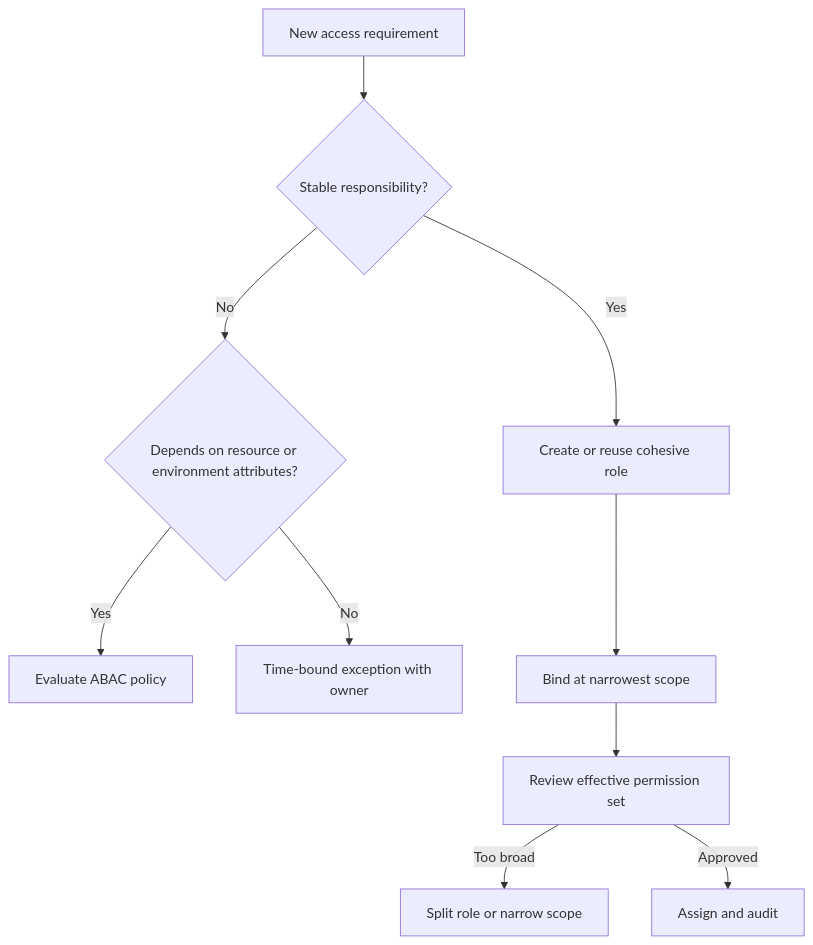
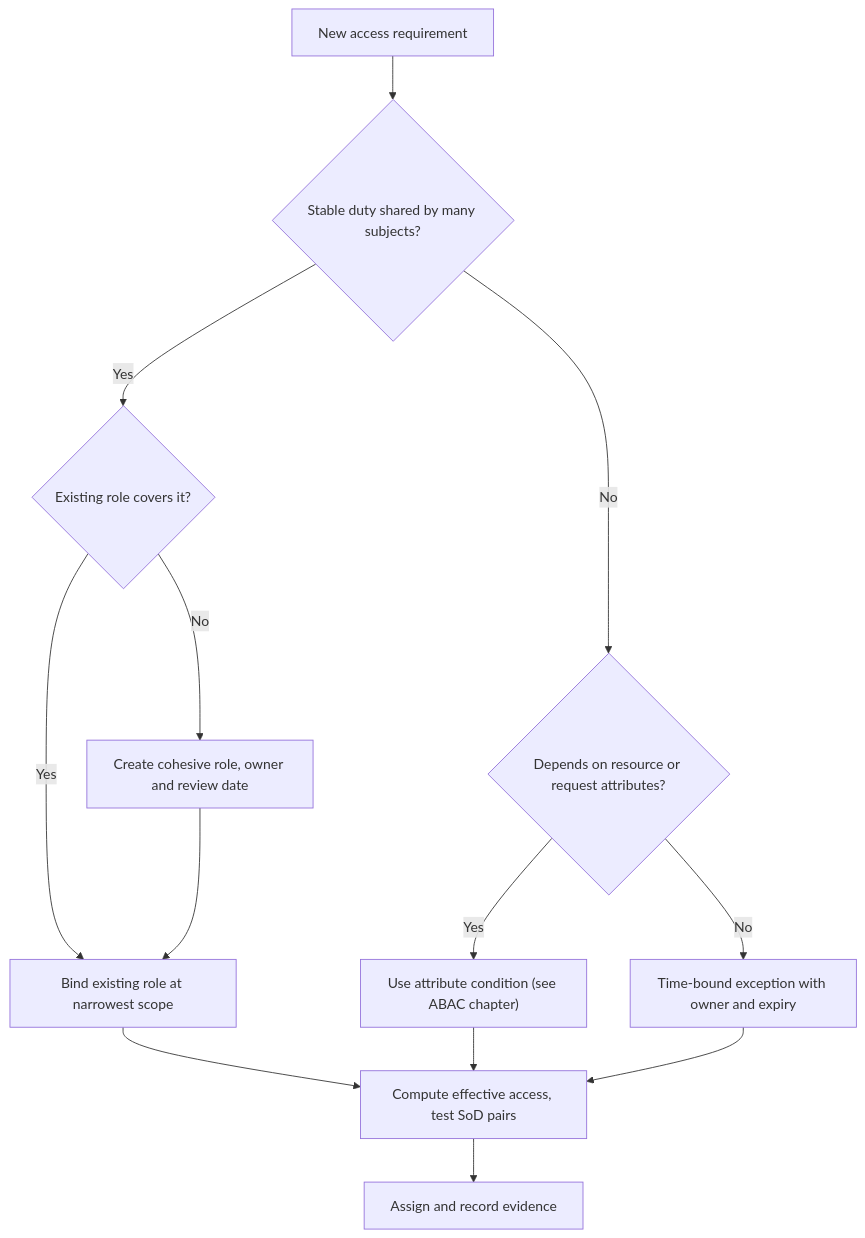
The fifth of 13 diagrams in 15_Security/CH04_RBAC.md (joydasss/Architect), drawn with Mermaid before and after one commit. The commit also changed other lines of this file and 295 other files, not shown here.

````diff
--- a/15_Security/CH04_RBAC.md
+++ b/15_Security/CH04_RBAC.md
@@ -57,12 +255,15 @@
 ```mermaid
 flowchart TD
-    Need[New access requirement] --> Stable{Stable responsibility?}
-    Stable -->|Yes| Role[Create or reuse cohesive role]
-    Stable -->|No| Context{Depends on resource or environment attributes?}
-    Context -->|Yes| ABAC[Evaluate ABAC policy]
-    Context -->|No| Exception[Time-bound exception with owner]
-    Role --> Scope[Bind at narrowest scope]
-    Scope --> Review[Review effective permission set]
-    Review -->|Too broad| Refine[Split role or narrow scope]
-    Review -->|Approved| Assign[Assign and audit]
+    Need["New access requirement"] --> Stable{"Stable duty shared by many subjects?"}
+    Stable -->|Yes| Exists{"Existing role covers it?"}
+    Exists -->|Yes| Bind["Bind existing role at narrowest scope"]
+    Exists -->|No| Create["Create cohesive role, owner and review date"]
+    Stable -->|No| Context{"Depends on resource or request attributes?"}
+    Context -->|Yes| Attr["Use attribute condition (see ABAC chapter)"]
+    Context -->|No| Temp["Time-bound exception with owner and expiry"]
+    Create --> Bind
+    Bind --> Check["Compute effective access, test SoD pairs"]
+    Attr --> Check
+    Temp --> Check
+    Check --> Done["Assign and record evidence"]
 ```
````
